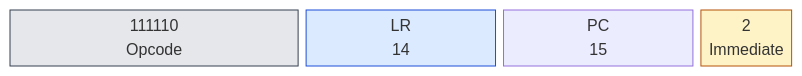
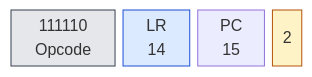
One commit to olfp/Deep16 changed the third of 4 diagrams in book/kap04.md. Above: the diagram before and after it, drawn with Mermaid. The commit also changed other lines of this file and 1 other file, not shown here.

Commit message:
book: Bitdiagramme Kap. 4 auf 16-Bit-Spalten (jede Box = Bitbreite) überarbeitet

````diff
--- a/book/kap04.md
+++ b/book/kap04.md
@@ -246,14 +246,14 @@
 ```mermaid
 block-beta
   columns 16
   classDef op fill:#e5e7eb,stroke:#374151
   classDef reg fill:#dbeafe,stroke:#1d4ed8
   classDef imm fill:#fef3c7,stroke:#b45309
   b0["111110<br/>Opcode"]:6
   b1["LR<br/>14"]:4
   b2["PC<br/>15"]:4
-  b3["2<br/>Immediate"]:2
+  b3["2"]:2
   class b0 op
   class b1 b2 reg
   class b3 imm
 ```
````
